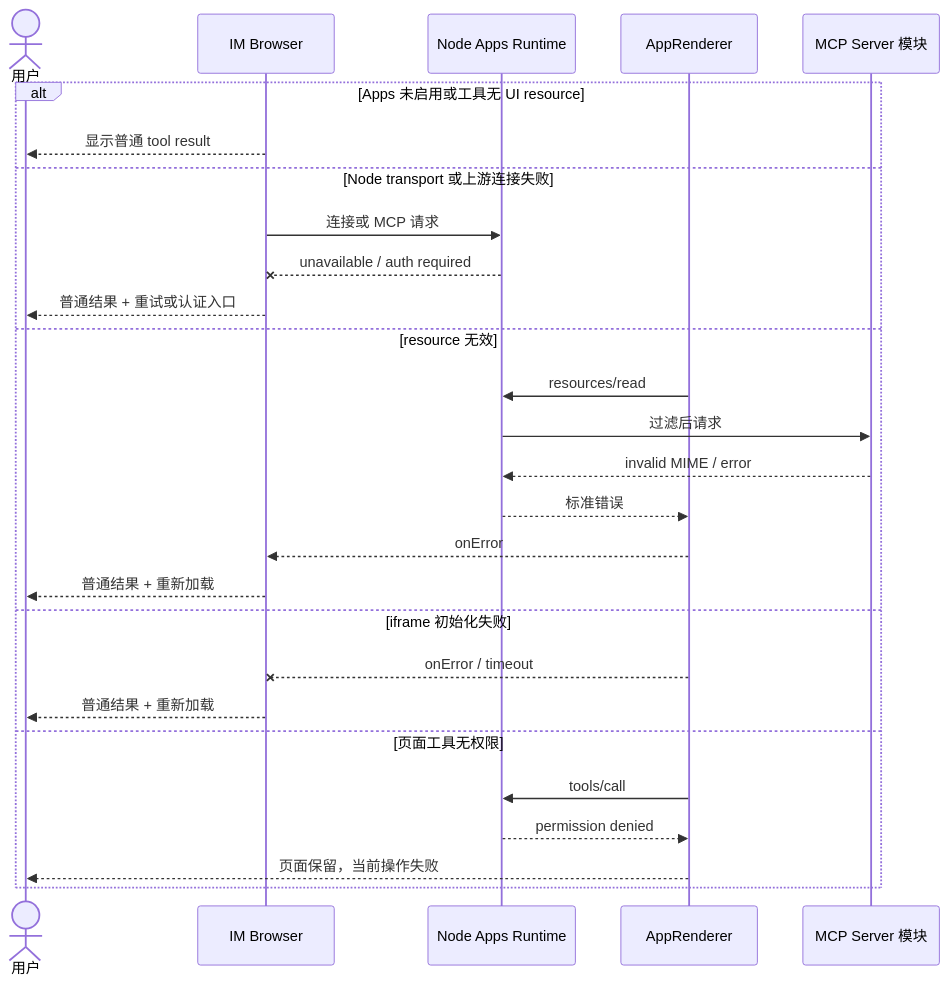
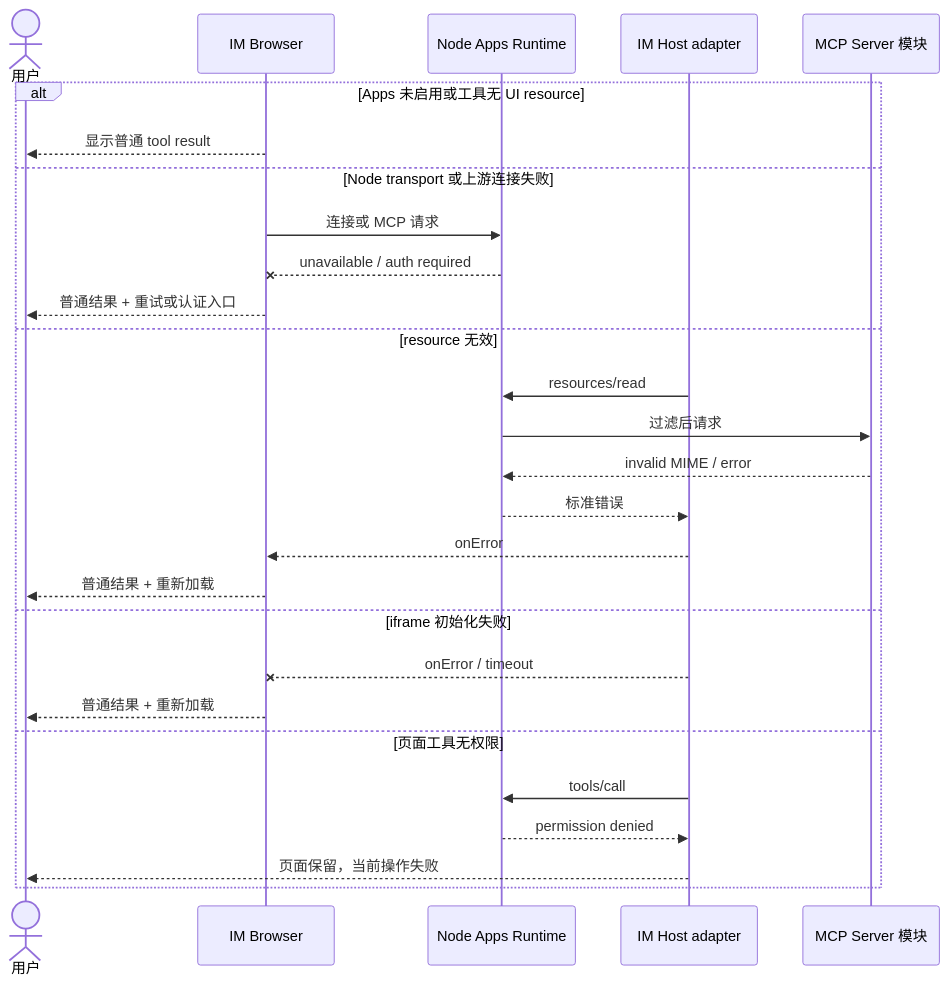
Before and after one commit to glide-the/im-dream: the fourth of 4 diagrams in docs/design/claude-agent/mcp-apps-iframe-interaction.md, drawn with Mermaid. The commit also changed other lines of this file and 813 other files, not shown here.

Commit message:
feat(mcp-apps): integrate governed host and consolidate frontend app

````diff
--- a/docs/design/claude-agent/mcp-apps-iframe-interaction.md
+++ b/docs/design/claude-agent/mcp-apps-iframe-interaction.md
@@ -160,30 +175,30 @@
 ```mermaid
 sequenceDiagram
     actor U as 用户
     participant B as IM Browser
     participant N as Node Apps Runtime
-    participant R as AppRenderer
+    participant R as IM Host adapter
     participant S as MCP Server 模块
 
     alt Apps 未启用或工具无 UI resource
         B-->>U: 显示普通 tool result
     else Node transport 或上游连接失败
         B->>N: 连接或 MCP 请求
         N--xB: unavailable / auth required
         B-->>U: 普通结果 + 重试或认证入口
     else resource 无效
         R->>N: resources/read
         N->>S: 过滤后请求
         S-->>N: invalid MIME / error
         N-->>R: 标准错误
         R-->>B: onError
         B-->>U: 普通结果 + 重新加载
     else iframe 初始化失败
         R--xB: onError / timeout
         B-->>U: 普通结果 + 重新加载
     else 页面工具无权限
         R->>N: tools/call
         N-->>R: permission denied
         R-->>U: 页面保留，当前操作失败
     end
 ```
````
